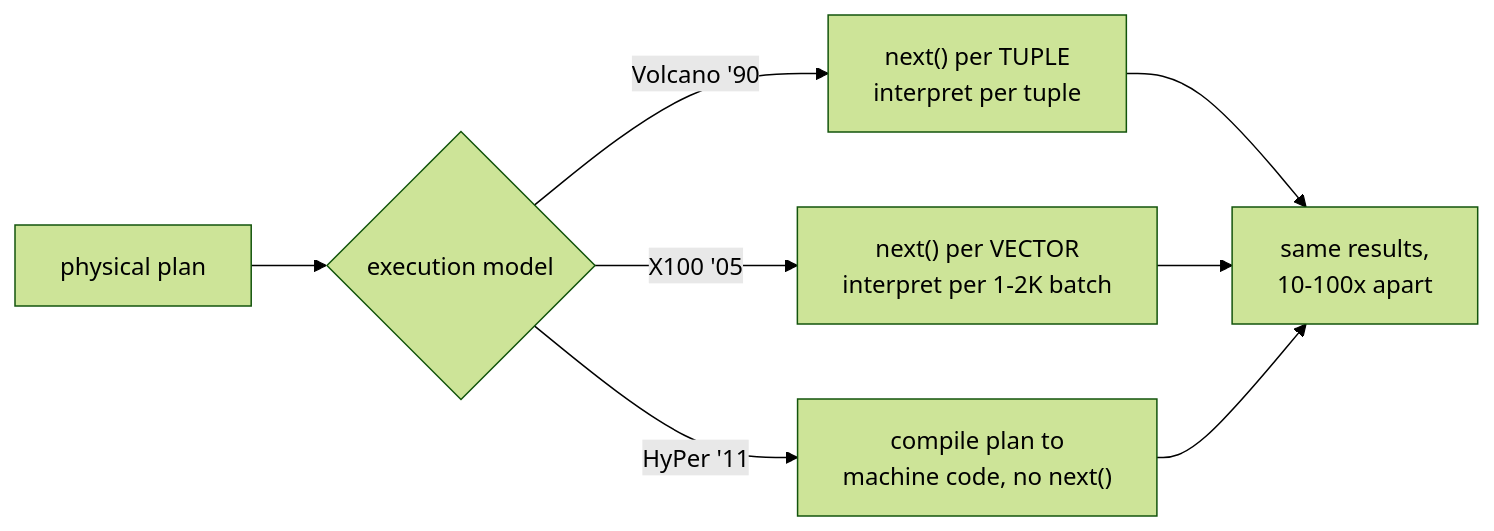
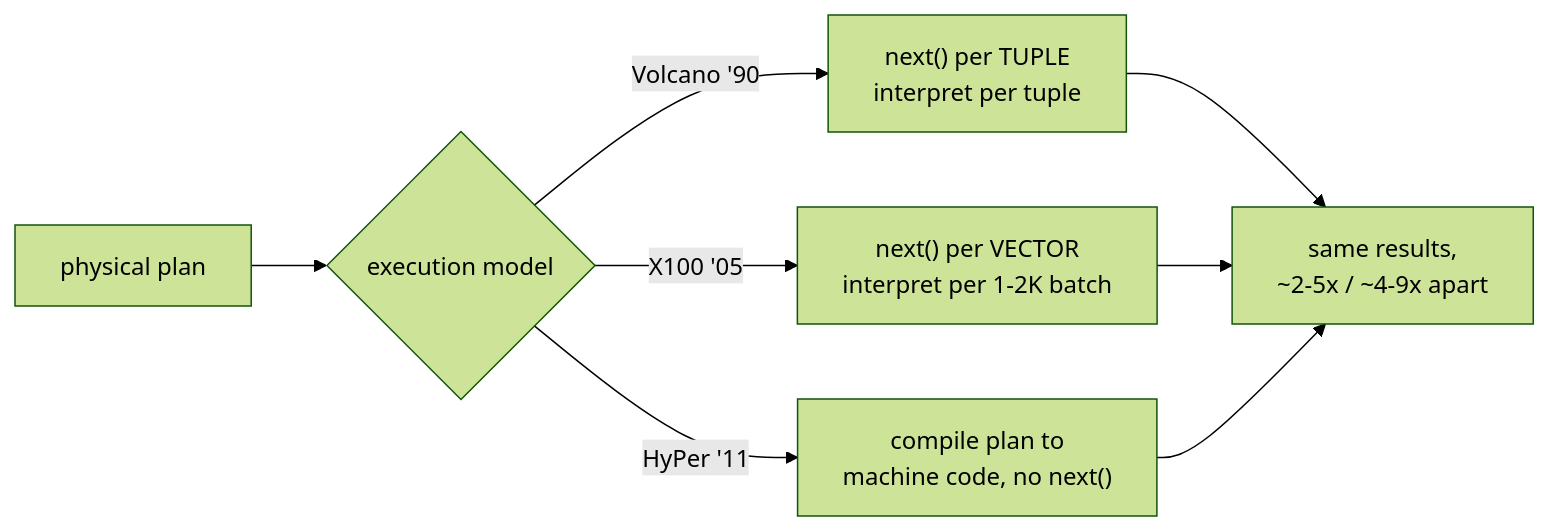
Before and after one commit to AviAvni/database-learning-path: the diagram in topics/11-execution-models/README.md, drawn with Mermaid (forest theme). The commit also changed other lines of this file and 10 other files, not shown here.

````diff
--- a/topics/11-execution-models/README.md
+++ b/topics/11-execution-models/README.md
@@ -8,10 +10,10 @@
 ```mermaid
 flowchart LR
     P[physical plan] --> M{execution model}
     M -->|"Volcano '90"| V["next() per TUPLE<br/>interpret per tuple"]
     M -->|"X100 '05"| X["next() per VECTOR<br/>interpret per 1-2K batch"]
     M -->|"HyPer '11"| H["compile plan to<br/>machine code, no next()"]
-    V --> C[same results,<br/>10-100x apart]
+    V --> C[same results,<br/>~2-5x / ~4-9x apart]
     X --> C
     H --> C
 ```
````
